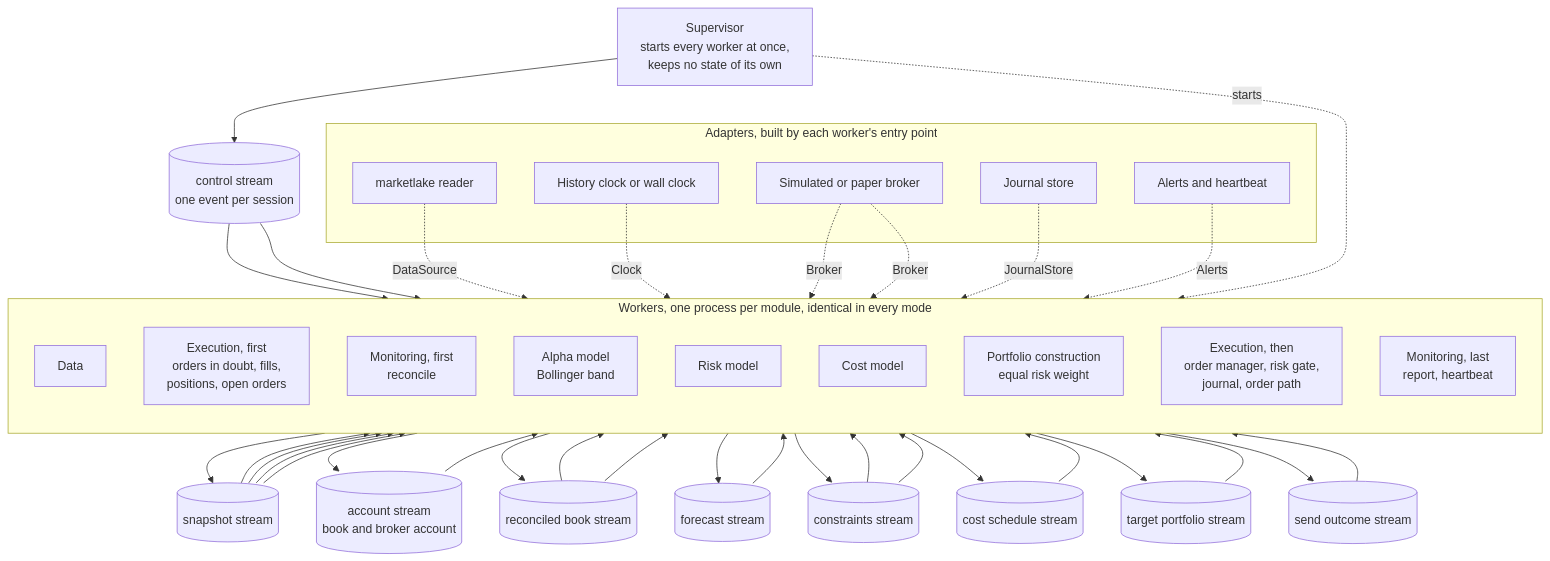
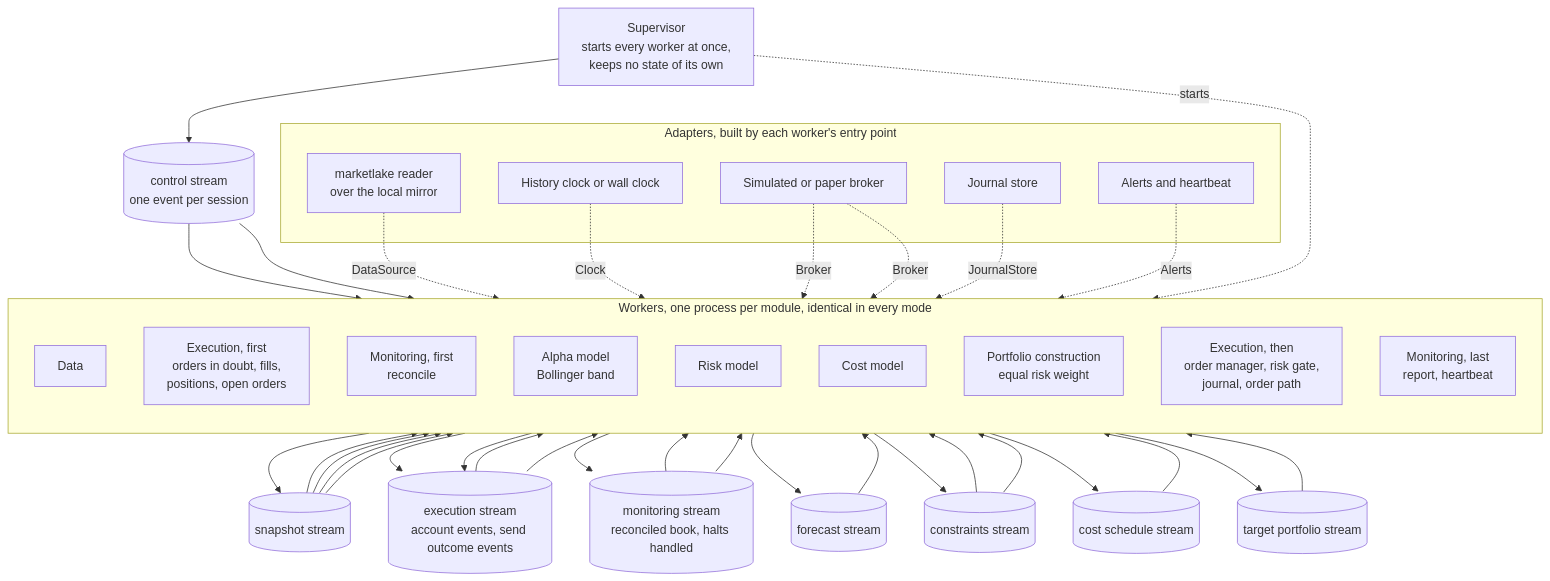
Before and after one commit to l3a0/ithildin-runtime: the second of 16 diagrams in docs/architecture.md, drawn with Mermaid. The commit also changed other lines of this file and 2 other files, not shown here.

````diff
--- a/docs/architecture.md
+++ b/docs/architecture.md
@@ -237,61 +239,61 @@
 ```mermaid
 flowchart TB
     sup["Supervisor<br/>starts every worker at once,<br/>keeps no state of its own"]
     ctl[("control stream<br/>one event per session")]
     sup --> ctl
 
     subgraph workers["Workers, one process per module, identical in every mode"]
         direction TB
         data["Data"]
         exec_recover["Execution, first<br/>orders in doubt, fills,<br/>positions, open orders"]
         mon_recon["Monitoring, first<br/>reconcile"]
         alpha["Alpha model<br/>Bollinger band"]
         risk["Risk model"]
         cost["Cost model"]
         pc["Portfolio construction<br/>equal risk weight"]
         exec_send["Execution, then<br/>order manager, risk gate,<br/>journal, order path"]
         mon_report["Monitoring, last<br/>report, heartbeat"]
     end
 
     snap[("snapshot stream")]
-    pos[("account stream<br/>book and broker account")]
-    book[("reconciled book stream")]
+    xs[("execution stream<br/>account events, send outcome events")]
+    book[("monitoring stream<br/>reconciled book, halts handled")]
     fc[("forecast stream")]
     cons[("constraints stream")]
     sched[("cost schedule stream")]
     target[("target portfolio stream")]
-    outcome[("send outcome stream")]
 
     ctl --> data
     ctl --> exec_recover
     data --> snap
-    exec_recover --> pos --> mon_recon --> book
+    exec_recover --> xs --> mon_recon --> book
     snap --> alpha --> fc
     snap --> risk
     book --> risk --> cons
     snap --> cost --> sched
     fc --> pc
     cons --> pc
     sched --> pc
     book --> pc --> target
     target --> exec_send
     cons --> exec_send
     snap --> exec_send
-    exec_send --> outcome --> mon_report
+    exec_send --> xs
+    xs --> mon_report
 
     subgraph adapters["Adapters, built by each worker's entry point"]
-        lakesrc["marketlake reader"]
+        lakesrc["marketlake reader<br/>over the local mirror"]
         clock["History clock or wall clock"]
         broker["Simulated or paper broker"]
         journalstore["Journal store"]
         alertsink["Alerts and heartbeat"]
     end
 
     lakesrc -. "DataSource" .-> data
     clock -. "Clock" .-> data
     broker -. "Broker" .-> exec_recover
     broker -. "Broker" .-> exec_send
     journalstore -. "JournalStore" .-> exec_send
     alertsink -. "Alerts" .-> mon_report
     sup -. "starts" .-> workers
 ```
````
